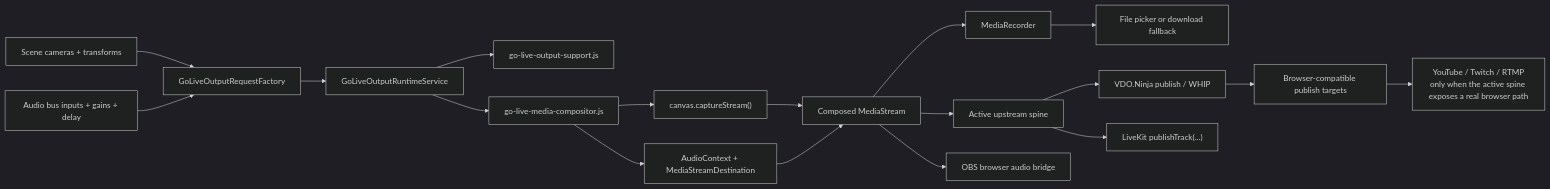
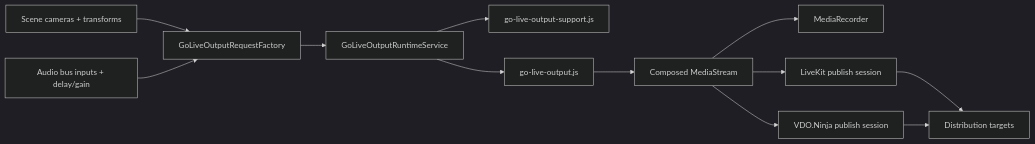
Before and after one commit to managedcode/PrompterLive: the fourth of 4 diagrams in docs/Features/GoLiveRuntime.md, drawn with Mermaid (dark theme). The commit also changed other lines of this file and 80 other files, not shown here.

````diff
--- a/docs/Features/GoLiveRuntime.md
+++ b/docs/Features/GoLiveRuntime.md
@@ -209,38 +183,26 @@
 ```mermaid
 flowchart LR
     Scene["Scene cameras + transforms"]
-    Audio["Audio bus inputs + gains + delay"]
+    Audio["Audio bus inputs + delay/gain"]
     Factory["GoLiveOutputRequestFactory"]
     Runtime["GoLiveOutputRuntimeService"]
     Support["go-live-output-support.js"]
-    Composer["go-live-media-compositor.js"]
-    Canvas["canvas.captureStream()"]
-    Mix["AudioContext + MediaStreamDestination"]
+    Browser["go-live-output.js"]
     Program["Composed MediaStream"]
-    Recorder["MediaRecorder"]
-    Save["File picker or download fallback"]
-    Spine["Active upstream spine"]
-    Vdo["VDO.Ninja publish / WHIP"]
-    LiveKit["LiveKit publishTrack(...)"]
-    Targets["Browser-compatible publish targets"]
-    Platforms["YouTube / Twitch / RTMP<br/>only when the active spine exposes a real browser path"]
-    Obs["OBS browser audio bridge"]
+    Recording["MediaRecorder"]
+    LiveKit["LiveKit publish session"]
+    Vdo["VDO.Ninja publish session"]
+    Targets["Distribution targets"]
 
     Scene --> Factory
     Audio --> Factory
     Factory --> Runtime
     Runtime --> Support
-    Runtime --> Composer
-    Composer --> Canvas
-    Composer --> Mix
-    Canvas --> Program
-    Mix --> Program
-    Program --> Recorder
-    Recorder --> Save
-    Program --> Spine
-    Spine --> Vdo
-    Spine --> LiveKit
+    Runtime --> Browser
+    Browser --> Program
+    Program --> Recording
+    Program --> LiveKit
+    Program --> Vdo
+    LiveKit --> Targets
     Vdo --> Targets
-    Targets --> Platforms
-    Program --> Obs
 ```
````
